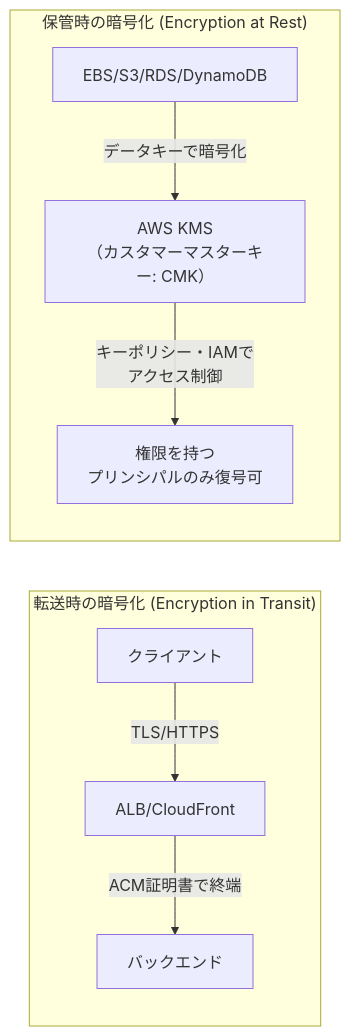
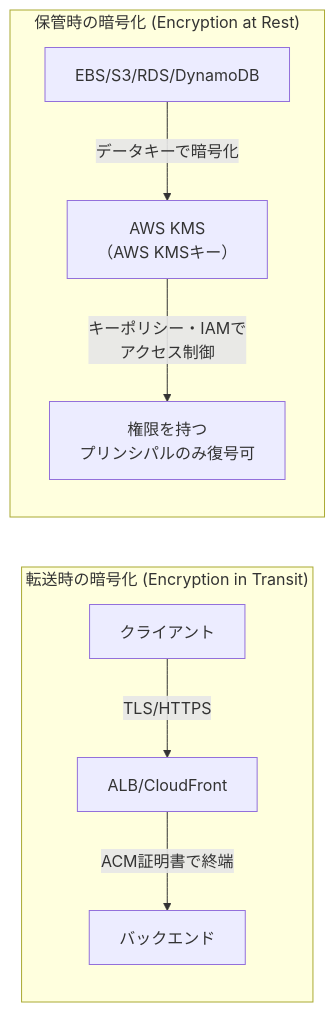
The sixth of 21 diagrams in AWS-Certified-Solutions-Architect-Associate.md (myoshi2891/Cloud-Infrastructure-Studies), drawn with Mermaid before and after one commit. The commit also changed other lines of this file, not shown here.

Commit message:
docs(md): update KMS terminology in AWS SAA guide

````diff
--- a/AWS-Certified-Solutions-Architect-Associate.md
+++ b/AWS-Certified-Solutions-Architect-Associate.md
@@ -287,11 +287,11 @@
 ```mermaid
 flowchart LR
     subgraph Transit["転送時の暗号化 (Encryption in Transit)"]
         T1[クライアント] -->|TLS/HTTPS| T2[ALB/CloudFront]
         T2 -->|ACM証明書で終端| T3[バックエンド]
     end
     subgraph Rest["保管時の暗号化 (Encryption at Rest)"]
-        R1[EBS/S3/RDS/DynamoDB] -->|データキーで暗号化| R2["AWS KMS<br/>（カスタマーマスターキー: CMK）"]
+        R1[EBS/S3/RDS/DynamoDB] -->|データキーで暗号化| R2["AWS KMS<br/>（AWS KMSキー）"]
         R2 -->|キーポリシー・IAMで<br/>アクセス制御| R3[権限を持つ<br/>プリンシパルのみ復号可]
     end
 ```
````
